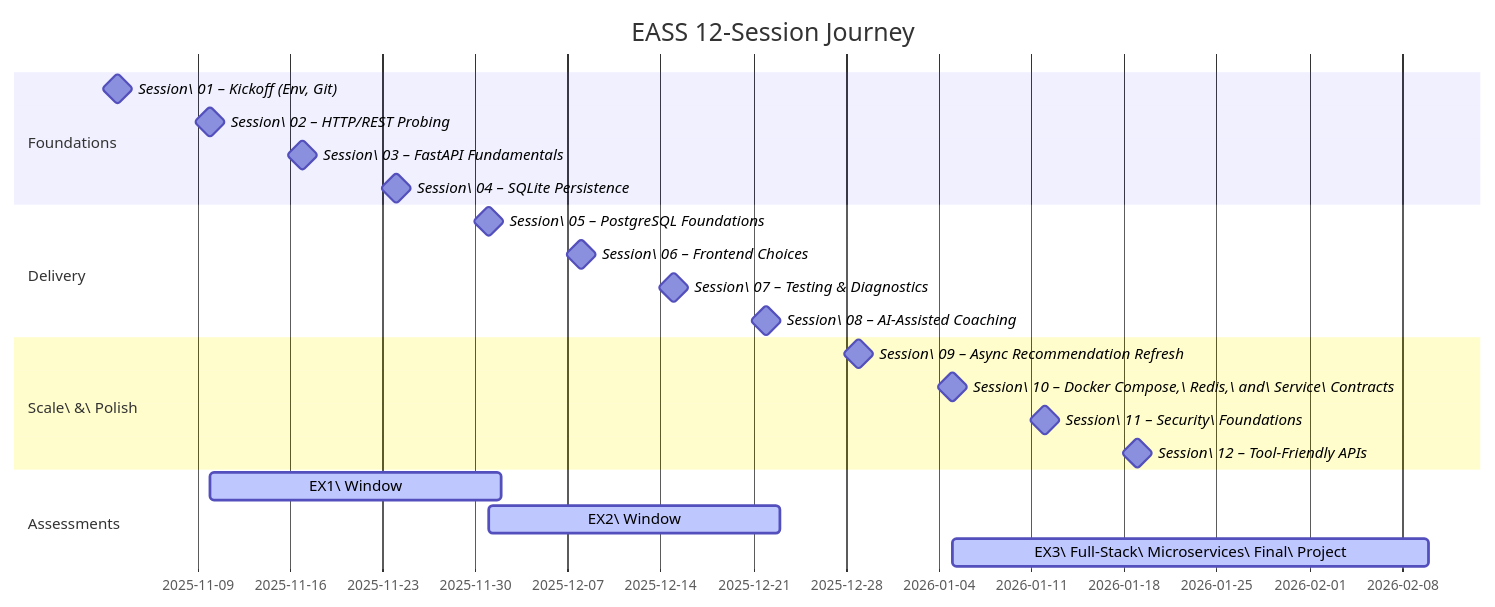
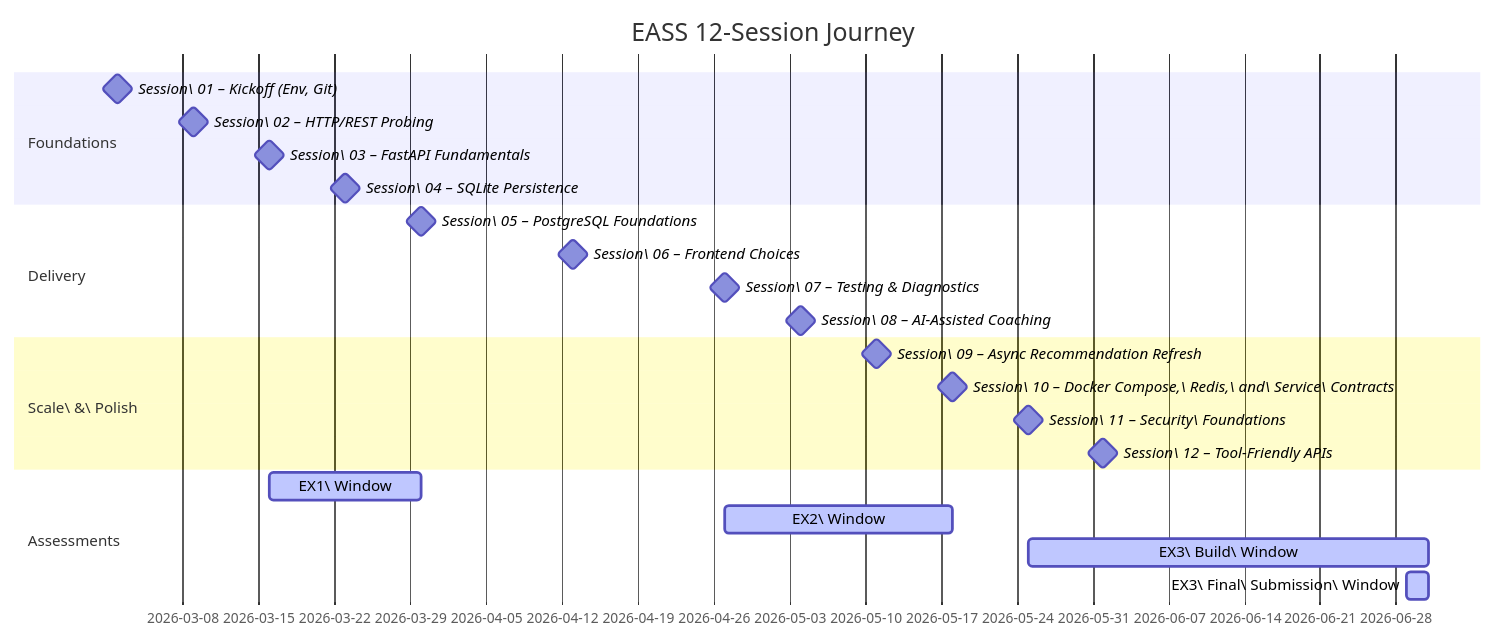
The diagram in docs/index.md (EASS-HIT-PART-A-2026-CLASS-IX/lecture-notes), drawn with Mermaid before and after one commit. The commit also changed other lines of this file and 16 other files, not shown here.

````diff
--- a/docs/index.md
+++ b/docs/index.md
@@ -44,24 +67,25 @@
 ```mermaid
 gantt
     title EASS 12-Session Journey
-    dateFormat  YYYY-MM-DD
+    dateFormat  DD/MM/YYYY
     section Foundations
-    Session\ 01 – Kickoff (Env, Git)         :milestone, 2025-11-03, 0d
-    Session\ 02 – HTTP/REST Probing          :milestone, 2025-11-10, 0d
-    Session\ 03 – FastAPI Fundamentals       :milestone, 2025-11-17, 0d
-    Session\ 04 – SQLite Persistence         :milestone, 2025-11-24, 0d
+    Session\ 01 – Kickoff (Env, Git)         :milestone, 02/03/2026, 0d
+    Session\ 02 – HTTP/REST Probing          :milestone, 09/03/2026, 0d
+    Session\ 03 – FastAPI Fundamentals       :milestone, 16/03/2026, 0d
+    Session\ 04 – SQLite Persistence         :milestone, 23/03/2026, 0d
     section Delivery
-    Session\ 05 – PostgreSQL Foundations     :milestone, 2025-12-01, 0d
-    Session\ 06 – Frontend Choices           :milestone, 2025-12-08, 0d
-    Session\ 07 – Testing & Diagnostics      :milestone, 2025-12-15, 0d
-    Session\ 08 – AI-Assisted Coaching       :milestone, 2025-12-22, 0d
+    Session\ 05 – PostgreSQL Foundations     :milestone, 30/03/2026, 0d
+    Session\ 06 – Frontend Choices           :milestone, 13/04/2026, 0d
+    Session\ 07 – Testing & Diagnostics      :milestone, 27/04/2026, 0d
+    Session\ 08 – AI-Assisted Coaching       :milestone, 04/05/2026, 0d
     section Scale\ &\ Polish
-    Session\ 09 – Async Recommendation Refresh   :milestone, 2025-12-29, 0d
-    Session\ 10 – Docker Compose,\ Redis,\ and\ Service\ Contracts:milestone, 2026-01-05, 0d
-    Session\ 11 – Security\ Foundations          :milestone, 2026-01-12, 0d
-    Session\ 12 – Tool-Friendly APIs             :milestone, 2026-01-19, 0d
+    Session\ 09 – Async Recommendation Refresh   :milestone, 11/05/2026, 0d
+    Session\ 10 – Docker Compose,\ Redis,\ and\ Service\ Contracts:milestone, 18/05/2026, 0d
+    Session\ 11 – Security\ Foundations          :milestone, 25/05/2026, 0d
+    Session\ 12 – Tool-Friendly APIs             :milestone, 01/06/2026, 0d
     section Assessments
-    EX1\ Window                              :active, 2025-11-10, 2025-12-02
-    EX2\ Window                              :active, 2025-12-01, 2025-12-23
-    EX3\ Full-Stack\ Microservices\ Final\ Project :active, 2026-01-05, 2026-02-10
+    EX1\ Window                              :active, 16/03/2026, 30/03/2026
+    EX2\ Window                              :active, 27/04/2026, 18/05/2026
+    EX3\ Build\ Window                       :active, 25/05/2026, 01/07/2026
+    EX3\ Final\ Submission\ Window           :active, 29/06/2026, 01/07/2026
 ```
````
